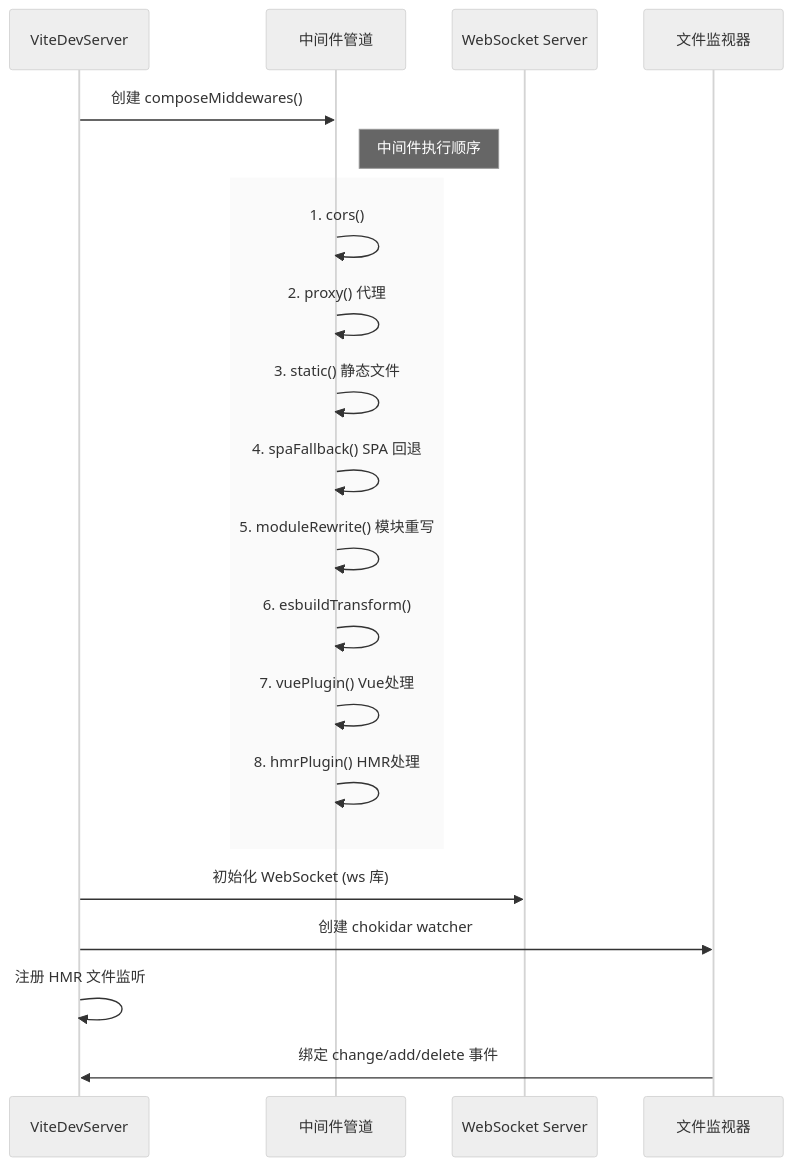
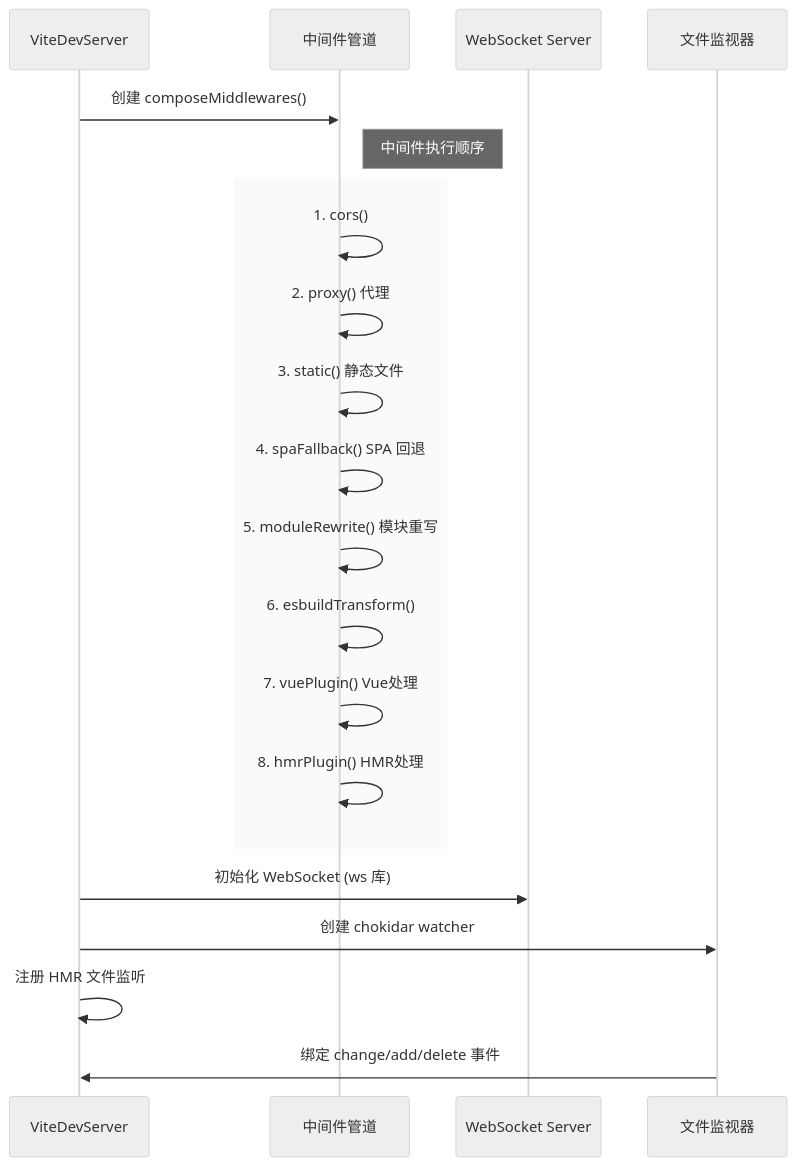
The sixth of 14 diagrams in DependenciesLearn/Vite/ViteKnowledge/vite-dev-server-sequence.md (bydyz/AllFrontend), drawn with Mermaid (neutral theme) before and after one commit. The commit also changed other lines of this file and 31 other files, not shown here.

````diff
--- a/DependenciesLearn/Vite/ViteKnowledge/vite-dev-server-sequence.md
+++ b/DependenciesLearn/Vite/ViteKnowledge/vite-dev-server-sequence.md
@@ -378,28 +373,28 @@
 ```mermaid
 sequenceDiagram
     participant Server as ViteDevServer
     participant Middleware as 中间件管道
     participant WS as WebSocket Server
     participant Watcher as 文件监视器
     
-    Server->>Middleware: 创建 composeMiddewares()
+     Server->>Middleware: 创建 composeMiddlewares()
     
     Note right of Middleware: 中间件执行顺序
     
     rect rgb(250, 250, 250)
         Middleware->>Middleware: 1. cors()
         Middleware->>Middleware: 2. proxy() 代理
         Middleware->>Middleware: 3. static() 静态文件
         Middleware->>Middleware: 4. spaFallback() SPA 回退
         Middleware->>Middleware: 5. moduleRewrite() 模块重写
         Middleware->>Middleware: 6. esbuildTransform()
         Middleware->>Middleware: 7. vuePlugin() Vue处理
         Middleware->>Middleware: 8. hmrPlugin() HMR处理
     end
     
     Server->>WS: 初始化 WebSocket (ws 库)
     Server->>Watcher: 创建 chokidar watcher
     
     Server->>Server: 注册 HMR 文件监听
     Watcher->>Server: 绑定 change/add/delete 事件
 ```
````
